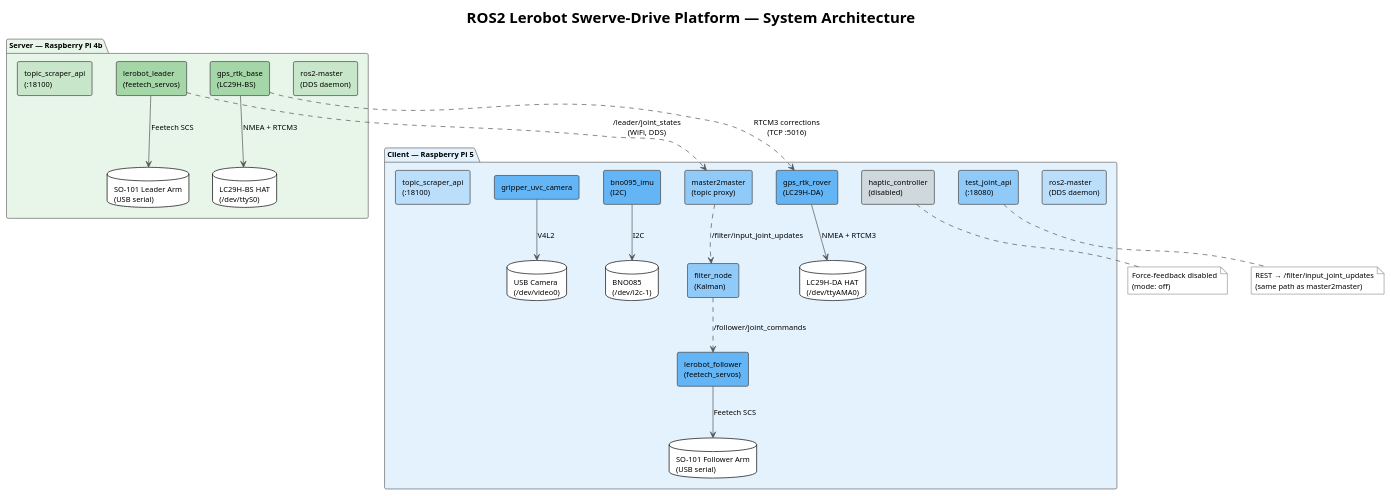
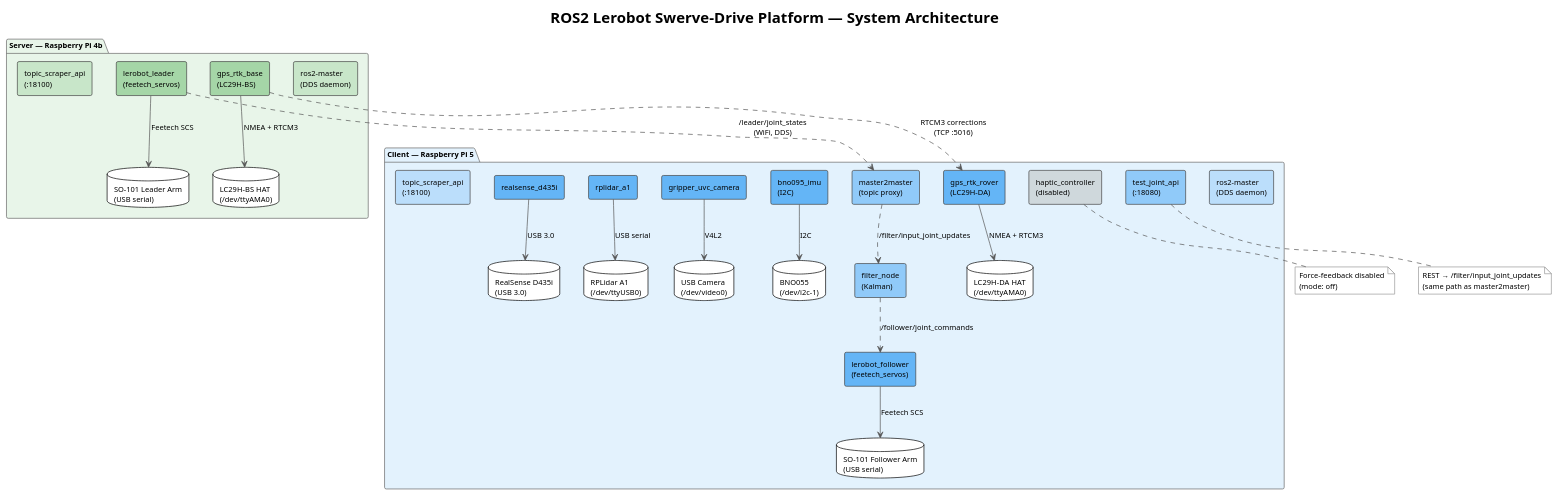
One commit to szymonrychu/ros2-lerobot-swerve-platform changed the diagram in docs/diagrams/architecture.puml. Above: the diagram before and after it, drawn with PlantUML. The commit also changed 12 other files, not shown here.

First line of the commit message:
feat: add RPLidar A1 and RealSense D435i ROS2 nodes (client)

```diff
--- a/docs/diagrams/architecture.puml
+++ b/docs/diagrams/architecture.puml
@@ -1,65 +1,71 @@
 @startuml architecture
 !theme plain
 skinparam backgroundColor white
 skinparam componentStyle rectangle
 skinparam defaultFontSize 11
 skinparam packageBorderColor #666
 skinparam componentBorderColor #444
 skinparam arrowColor #555
 skinparam noteBorderColor #999
 
 title ROS2 Lerobot Swerve-Drive Platform — System Architecture
 
 package "Server — Raspberry Pi 4b" as server #E8F5E9 {
   component "ros2-master\n(DDS daemon)" as s_master #C8E6C9
   component "lerobot_leader\n(feetech_servos)" as s_leader #A5D6A7
   component "gps_rtk_base\n(LC29H-BS)" as s_gps #A5D6A7
   component "topic_scraper_api\n(:18100)" as s_scraper #C8E6C9
 
   database "SO-101 Leader Arm\n(USB serial)" as hw_leader
-  database "LC29H-BS HAT\n(/dev/ttyS0)" as hw_gps_bs
+  database "LC29H-BS HAT\n(/dev/ttyAMA0)" as hw_gps_bs
 
   s_leader --> hw_leader : Feetech SCS
   s_gps --> hw_gps_bs : NMEA + RTCM3
 }
 
 package "Client — Raspberry Pi 5" as client #E3F2FD {
   component "ros2-master\n(DDS daemon)" as c_master #BBDEFB
   component "master2master\n(topic proxy)" as c_m2m #90CAF9
   component "filter_node\n(Kalman)" as c_filter #90CAF9
   component "lerobot_follower\n(feetech_servos)" as c_follower #64B5F6
   component "gps_rtk_rover\n(LC29H-DA)" as c_gps #64B5F6
   component "bno095_imu\n(I2C)" as c_imu #64B5F6
   component "gripper_uvc_camera" as c_cam #64B5F6
+  component "rplidar_a1" as c_rplidar #64B5F6
+  component "realsense_d435i" as c_realsense #64B5F6
   component "haptic_controller\n(disabled)" as c_haptic #CFD8DC
   component "test_joint_api\n(:18080)" as c_testapi #90CAF9
   component "topic_scraper_api\n(:18100)" as c_scraper #BBDEFB
 
   database "SO-101 Follower Arm\n(USB serial)" as hw_follower
   database "LC29H-DA HAT\n(/dev/ttyAMA0)" as hw_gps_da
-  database "BNO085\n(/dev/i2c-1)" as hw_imu
+  database "BNO055\n(/dev/i2c-1)" as hw_imu
   database "USB Camera\n(/dev/video0)" as hw_cam
+  database "RPLidar A1\n(/dev/ttyUSB0)" as hw_lidar
+  database "RealSense D435i\n(USB 3.0)" as hw_rs
 
   c_follower --> hw_follower : Feetech SCS
   c_gps --> hw_gps_da : NMEA + RTCM3
   c_imu --> hw_imu : I2C
   c_cam --> hw_cam : V4L2
+  c_rplidar --> hw_lidar : USB serial
+  c_realsense --> hw_rs : USB 3.0
 }
 
 s_leader ..> c_m2m : /leader/joint_states\n(WiFi, DDS)
 c_m2m ..> c_filter : /filter/input_joint_updates
 c_filter ..> c_follower : /follower/joint_commands
 
 s_gps ..> c_gps : RTCM3 corrections\n(TCP :5016)
 
 note bottom of c_testapi
   REST → /filter/input_joint_updates
   (same path as master2master)
 end note
 
 note bottom of c_haptic
   Force-feedback disabled
   (mode: off)
 end note
 
 @enduml
```
